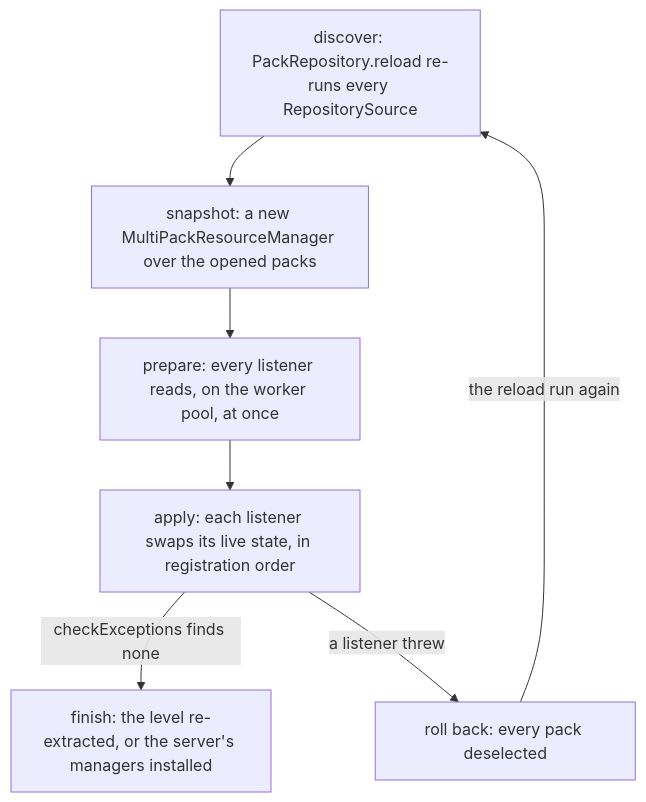
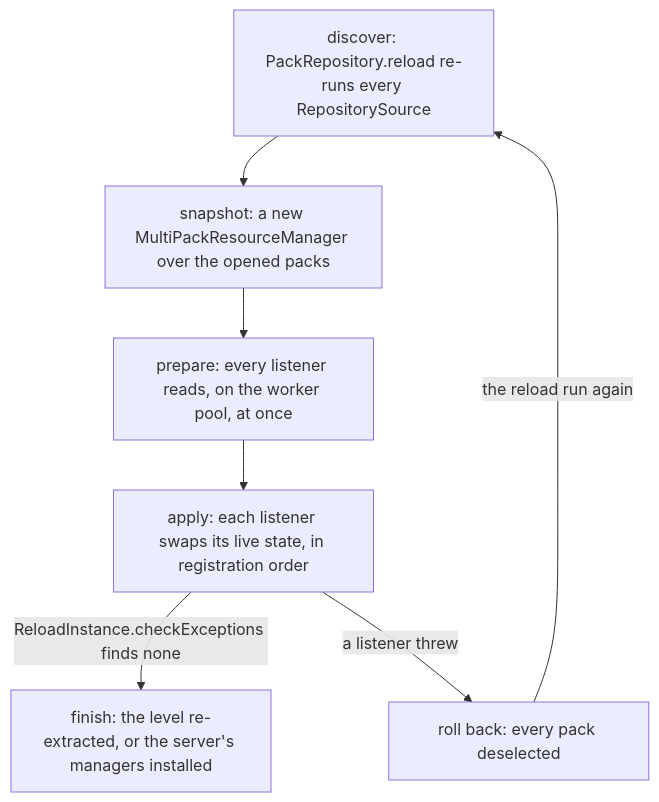
One commit to AlexanderjFraser/MinecraftDocs changed the first of 3 diagrams in src/systems/foundations/resource-system.md. Above: the diagram before and after it, drawn with Mermaid. The commit also changed other lines of this file and 55 other files, not shown here.

First line of the commit message:
pass 7, session O — the close, before K: the figure gate strict, the landing figures read as one set, and one strike in thirty not borne out

````diff
--- a/src/systems/foundations/resource-system.md
+++ b/src/systems/foundations/resource-system.md
@@ -38,9 +38,9 @@
 ```mermaid
 flowchart TD
     D["discover: PackRepository.reload re-runs every RepositorySource"] --> S["snapshot: a new MultiPackResourceManager over the opened packs"]
     S --> P["prepare: every listener reads, on the worker pool, at once"]
     P --> A["apply: each listener swaps its live state, in registration order"]
-    A -- "checkExceptions finds none" --> F["finish: the level re-extracted, or the server's managers installed"]
+    A -- "ReloadInstance.checkExceptions finds none" --> F["finish: the level re-extracted, or the server's managers installed"]
     A -- "a listener threw" --> R["roll back: every pack deselected"]
     R -- "the reload run again" --> D
 ```
````
